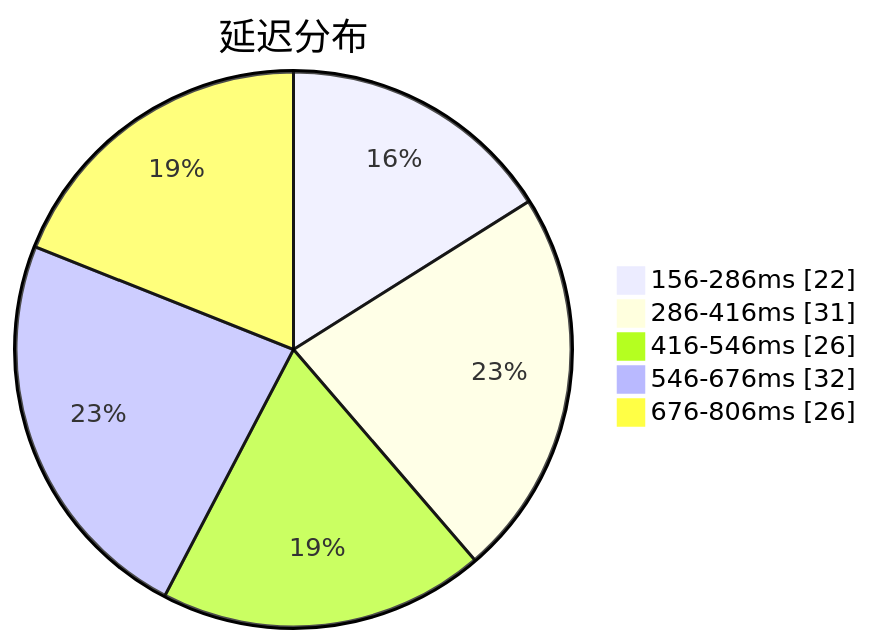
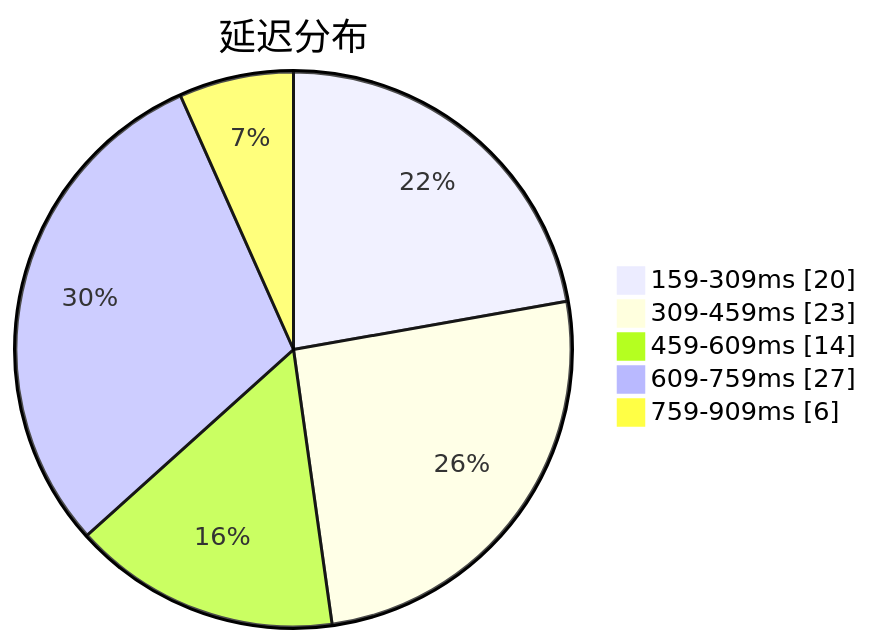
One commit to qjlxg/airport changed the first of 3 diagrams in subs/statistics/tested_within.md. Above: the diagram before and after it, drawn with Mermaid. The commit also changed other lines of this file and 2 other files, not shown here.

````diff
--- a/subs/statistics/tested_within.md
+++ b/subs/statistics/tested_within.md
@@ -2,9 +2,9 @@
 ```mermaid
 pie showData
 title 延迟分布
-"156-286ms" : 22
-"286-416ms" : 31
-"416-546ms" : 26
-"546-676ms" : 32
-"676-806ms" : 26
+"159-309ms" : 20
+"309-459ms" : 23
+"459-609ms" : 14
+"609-759ms" : 27
+"759-909ms" : 6
 ```
````
